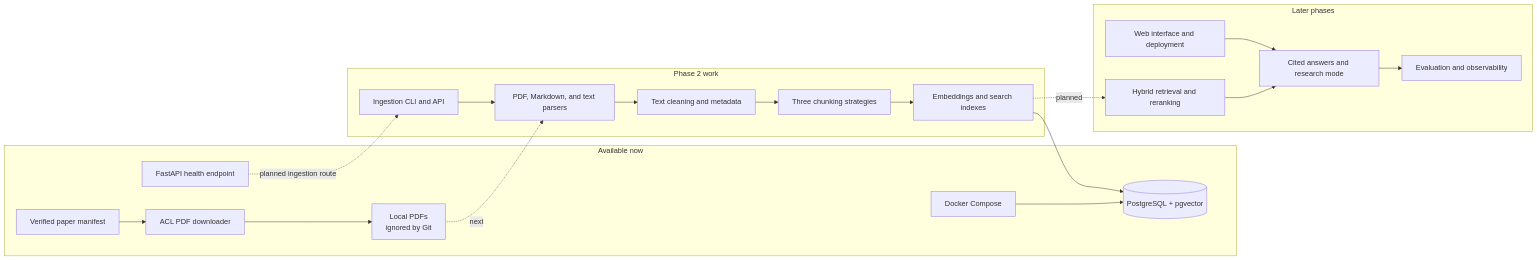
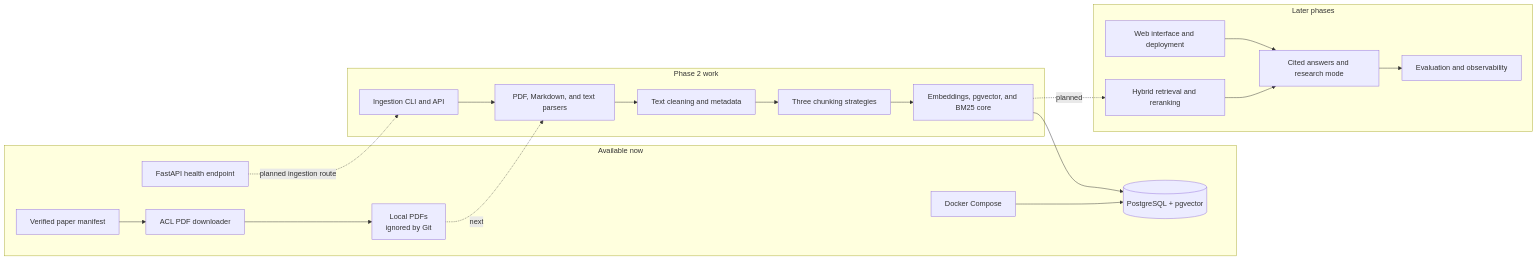
One commit to Arbaz-Parkar/NeuralNotes changed the diagram in README.md. Above: the diagram before and after it, drawn with Mermaid. The commit also changed other lines of this file and 5 other files, not shown here.

````diff
--- a/README.md
+++ b/README.md
@@ -35,34 +36,34 @@
 ```mermaid
 flowchart LR
     subgraph ready[Available now]
         MANIFEST[Verified paper manifest] --> DOWNLOADER[ACL PDF downloader]
         DOWNLOADER --> RAW[Local PDFs<br/>ignored by Git]
         API[FastAPI health endpoint]
         COMPOSE[Docker Compose] --> DB[(PostgreSQL + pgvector)]
     end
 
     subgraph phase2[Phase 2 work]
         PARSE[PDF, Markdown, and text parsers]
         CLEAN[Text cleaning and metadata]
         CHUNK[Three chunking strategies]
-        INDEX[Embeddings and search indexes]
+        INDEX[Embeddings, pgvector, and BM25 core]
         INGEST[Ingestion CLI and API]
         PARSE --> CLEAN --> CHUNK --> INDEX --> DB
         INGEST --> PARSE
     end
 
     RAW -. next .-> PARSE
     API -. planned ingestion route .-> INGEST
 
     subgraph later[Later phases]
         RETRIEVE[Hybrid retrieval and reranking]
         ANSWER[Cited answers and research mode]
         EVAL[Evaluation and observability]
         UI[Web interface and deployment]
         RETRIEVE --> ANSWER
         ANSWER --> EVAL
         UI --> ANSWER
     end
 
     INDEX -. planned .-> RETRIEVE
 ```
````
